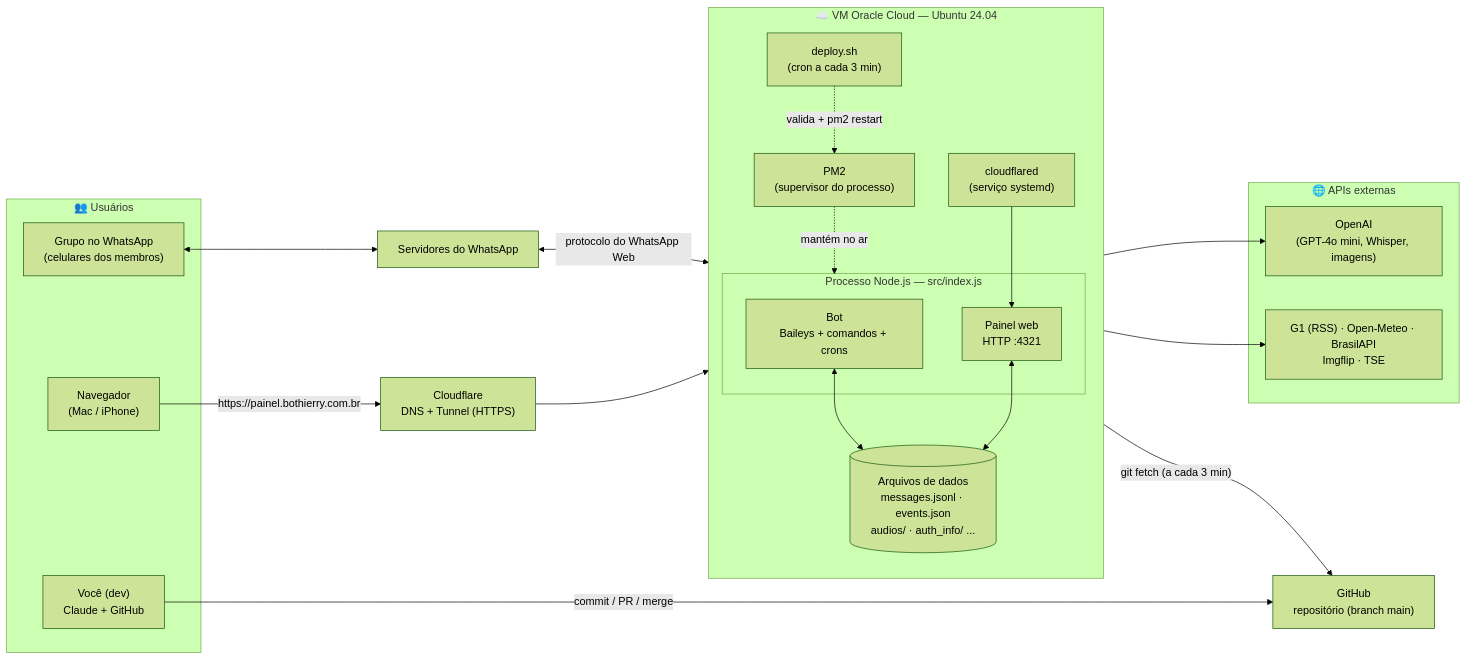
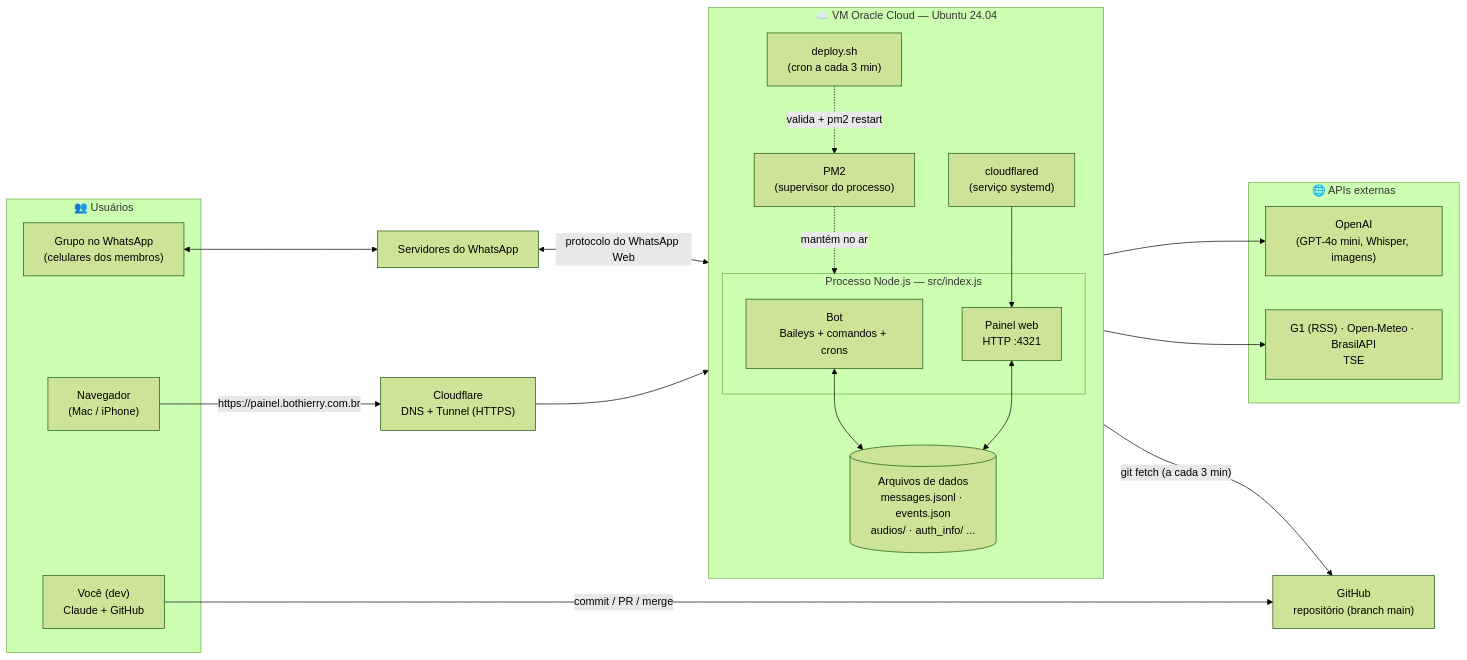
Before and after one commit to jppaivasilva/bothierry: the first of 4 diagrams in README.md, drawn with Mermaid (forest theme). The commit also changed other lines of this file and 2 other files, not shown here.

````diff
--- a/README.md
+++ b/README.md
@@ -17,42 +17,42 @@
 ```mermaid
 flowchart LR
     subgraph Usuarios["👥 Usuários"]
         G["Grupo no WhatsApp<br/>(celulares dos membros)"]
         B["Navegador<br/>(Mac / iPhone)"]
         D["Você (dev)<br/>Claude + GitHub"]
     end
 
     WA["Servidores do WhatsApp"]
     CF["Cloudflare<br/>DNS + Tunnel (HTTPS)"]
     GH["GitHub<br/>repositório (branch main)"]
 
     subgraph VM["☁️ VM Oracle Cloud — Ubuntu 24.04"]
         direction TB
         PM2["PM2<br/>(supervisor do processo)"]
         subgraph Proc["Processo Node.js — src/index.js"]
             BOT["Bot<br/>Baileys + comandos + crons"]
             DASH["Painel web<br/>HTTP :4321"]
         end
         TUN["cloudflared<br/>(serviço systemd)"]
         DEP["deploy.sh<br/>(cron a cada 3 min)"]
         FILES[("Arquivos de dados<br/>messages.jsonl · events.json<br/>audios/ · auth_info/ ...")]
     end
 
     subgraph Ext["🌐 APIs externas"]
         OAI["OpenAI<br/>(GPT-4o mini, Whisper, imagens)"]
-        OTH["G1 (RSS) · Open-Meteo · BrasilAPI<br/>Imgflip · TSE"]
+        OTH["G1 (RSS) · Open-Meteo · BrasilAPI<br/>TSE"]
     end
 
     G <--> WA
     WA <-->|"protocolo do WhatsApp Web"| BOT
     B -->|"https://painel.bothierry.com.br"| CF
     CF --> TUN --> DASH
     PM2 -.->|"mantém no ar"| Proc
     BOT <--> FILES
     DASH <--> FILES
     BOT --> OAI
     BOT --> OTH
     D -->|"commit / PR / merge"| GH
     DEP -->|"git fetch (a cada 3 min)"| GH
     DEP -.->|"valida + pm2 restart"| PM2
 ```
````
